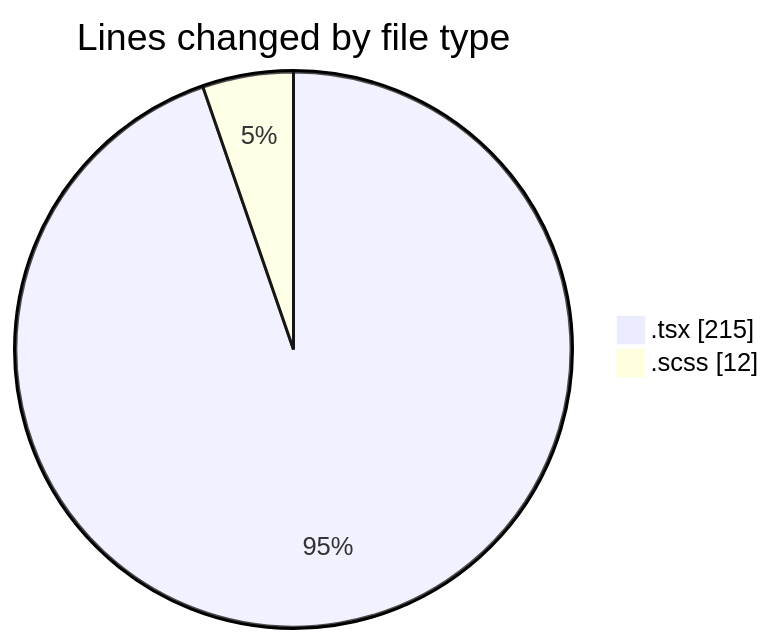
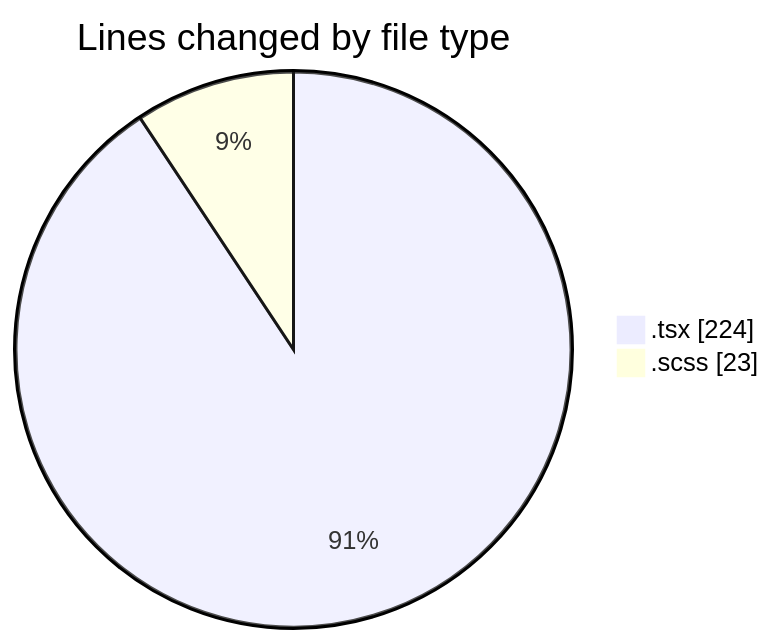
The first of 2 diagrams in 2025-02-13/cda/README.md (momahboobian/code-tracking), drawn with Mermaid before and after one commit. The commit also changed other lines of this file and 1 other file, not shown here.

````diff
--- a/2025-02-13/cda/README.md
+++ b/2025-02-13/cda/README.md
@@ -24,6 +24,6 @@
 ```mermaid
 pie showData
 title Lines changed by file type
-".tsx" : 215
-".scss" : 12
+".tsx" : 224
+".scss" : 23
 ```
````
